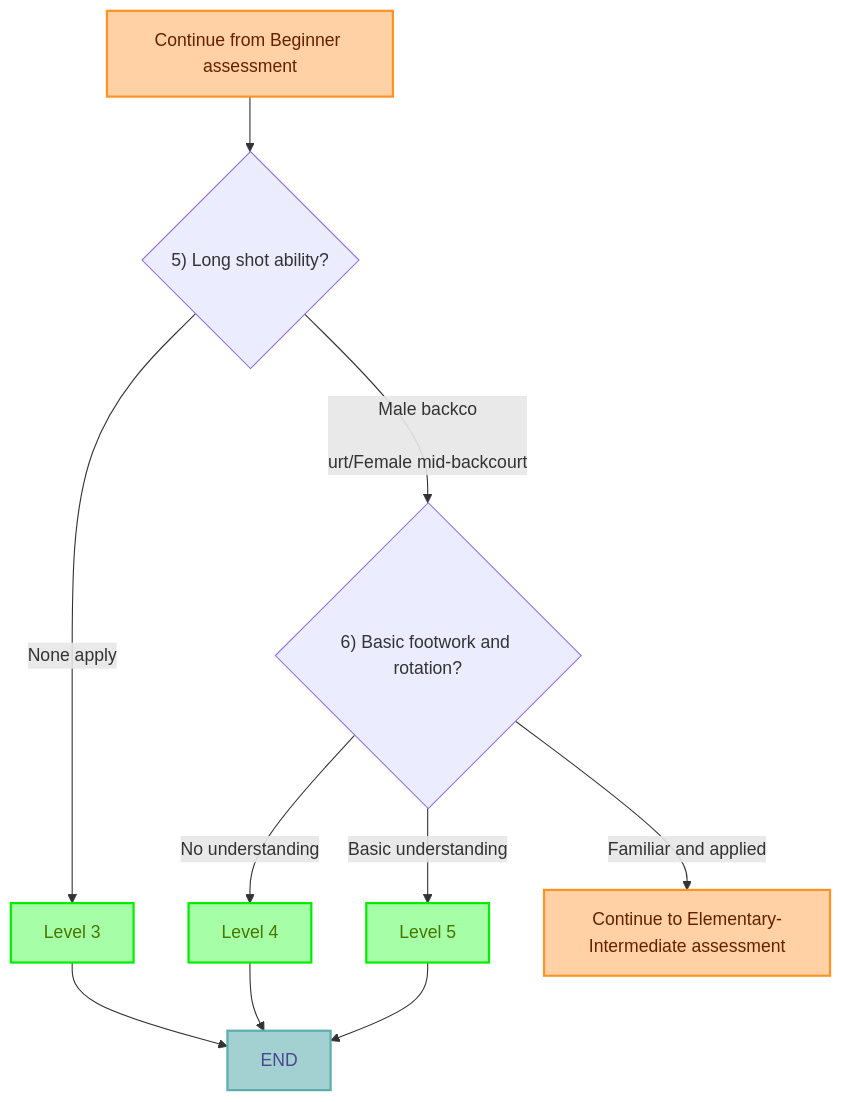
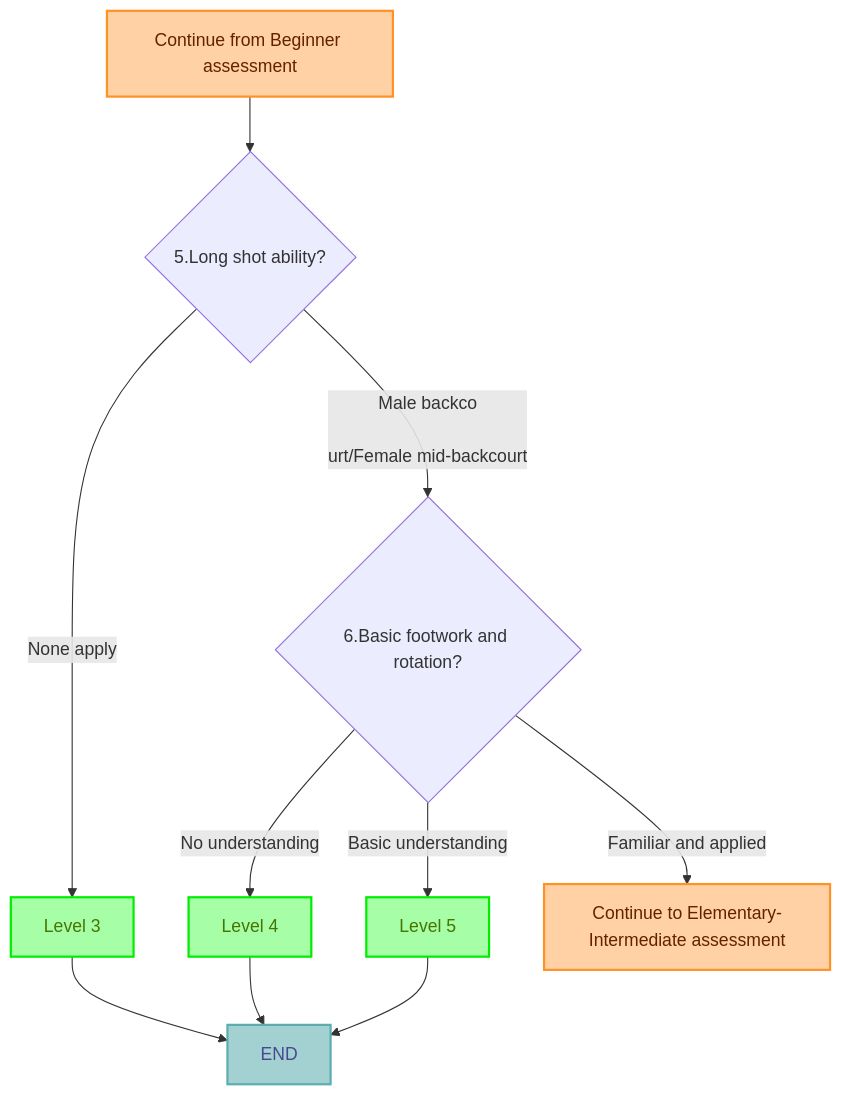
Before and after one commit to showaykerker/badminton-level-evaluator-linebot: the second of 4 diagrams in README-en.md, drawn with Mermaid. The commit also changed other lines of this file, not shown here.

Commit message:
chore: Update questionnaire graph labels to avoid mermaid error

````diff
--- a/README-en.md
+++ b/README-en.md
@@ -49,22 +49,22 @@
 ```mermaid
 graph TD
-    A[Continue from Beginner assessment] --> F{"5) Long shot ability?"}
+    A[Continue from Beginner assessment] --> F{"5.Long shot ability?"}
     F -->|None apply| Z3[Level 3]
     F -->|Male backco
 
-urt/Female mid-backcourt| G{"6) Basic footwork and rotation?"}
+urt/Female mid-backcourt| G{"6.Basic footwork and rotation?"}
     G -->|No understanding| Z4[Level 4]
     G -->|Basic understanding| Z5[Level 5]
     G -->|Familiar and applied| H[Continue to Elementary-Intermediate assessment]
 
     A:::nextStage
     Z3:::determinedLevel --> END
     Z4:::determinedLevel --> END
     Z5:::determinedLevel --> END
     H:::nextStage
     END:::stopStage
 
     classDef nextStage       fill:#FFD1A4,stroke:#FF9224,stroke-width:2px,color:#642100;
     classDef determinedLevel fill:#A6FFA6,stroke:#00EC00,stroke-width:2px,color:#467500;
     classDef stopStage       fill:#A3D1D1,stroke:#5CADAD,stroke-width:2px,color:#484891;
 ```
````
